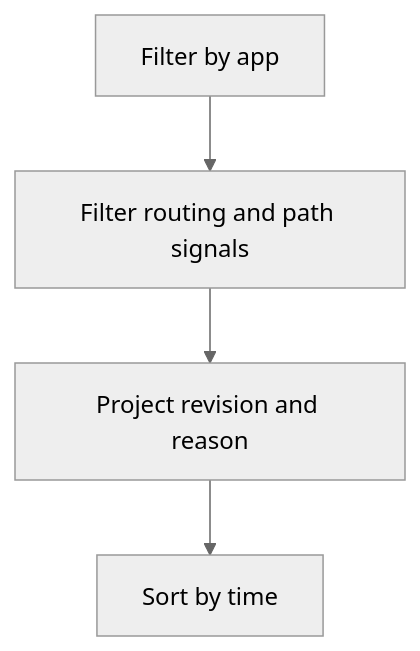
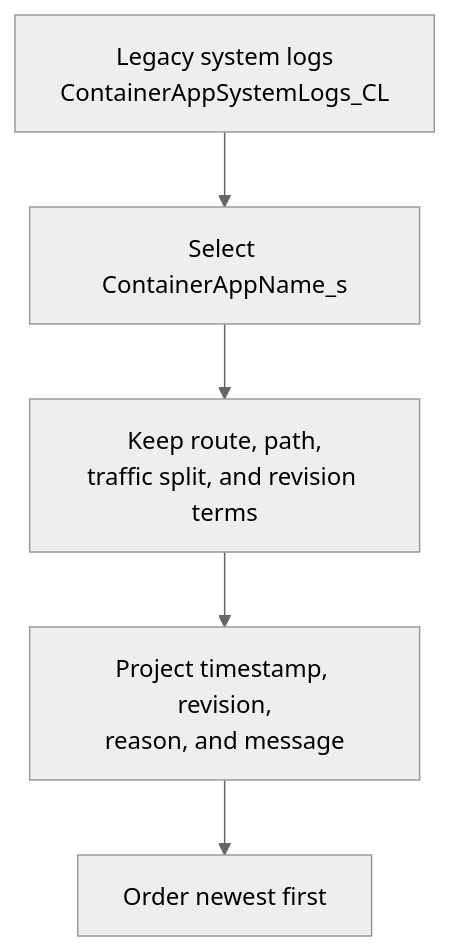
One commit to yeongseon/azure-container-apps-practical-guide changed the diagram in docs/troubleshooting/kql/ingress-and-networking/request-routing-analysis.md. Above: the diagram before and after it, drawn with Mermaid (neutral theme). The commit also changed other lines of this file and 22 other files, not shown here.

First line of the commit message:
docs(diagrams): migrate KQL diagnostic flows (#622)

````diff
--- a/docs/troubleshooting/kql/ingress-and-networking/request-routing-analysis.md
+++ b/docs/troubleshooting/kql/ingress-and-networking/request-routing-analysis.md
@@ -36,4 +36,10 @@
 ```mermaid
 flowchart TD
-    A[Filter by app] --> B[Filter routing and path signals] --> C[Project revision and reason] --> D[Sort by time]
+    accTitle: Query legacy system logs for routing-related signals
+    accDescr: The query selects one app, keeps routing, path, traffic split, and revision terms, projects revision and reason context, and sorts the evidence from newest to oldest.
+
+    SOURCE[Legacy system logs<br/>ContainerAppSystemLogs_CL] --> APP[Select ContainerAppName_s]
+    APP --> SIGNALS[Keep route, path,<br/>traffic split, and revision terms]
+    SIGNALS --> CONTEXT[Project timestamp, revision,<br/>reason, and message]
+    CONTEXT --> RESULT[Order newest first]
 ```
````
